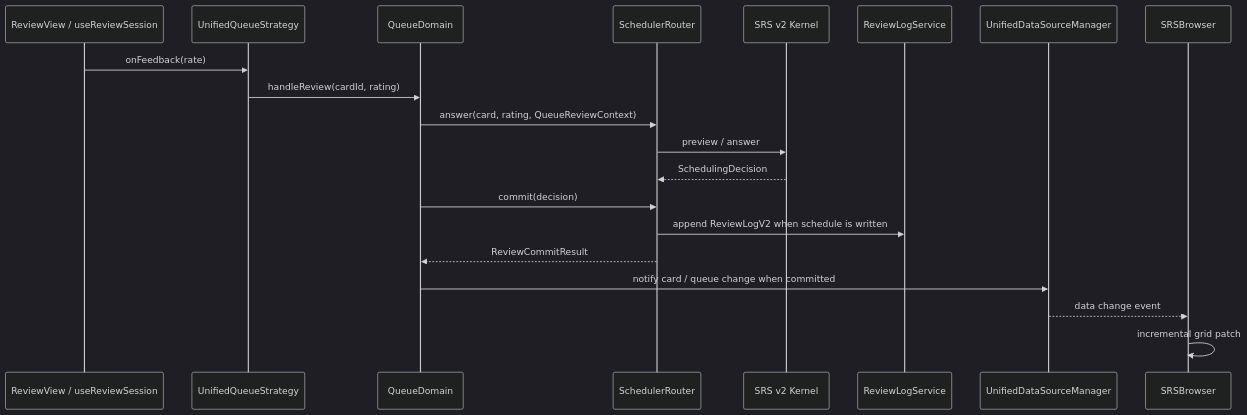
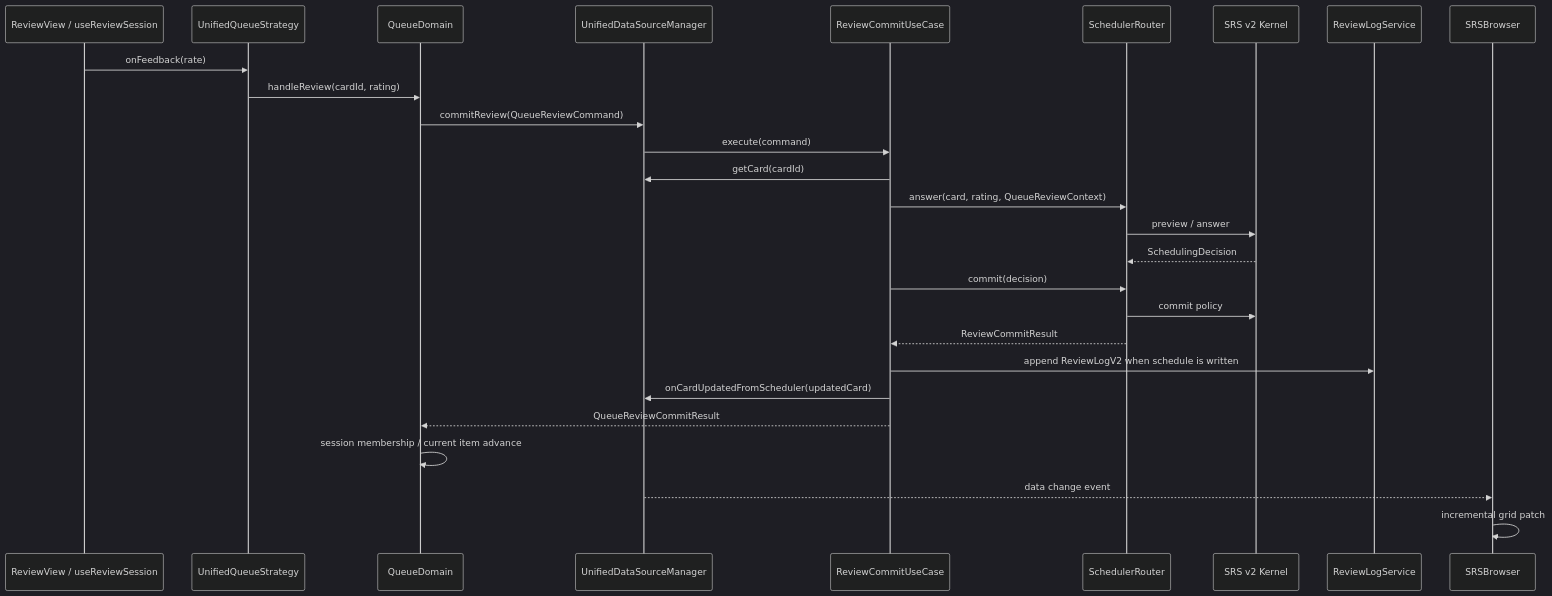
Before and after one commit to Dammyxy/siyuanmemoSRC: the second of 2 diagrams in ARCHITECTURE.md, drawn with Mermaid (dark theme). The commit also changed other lines of this file and 28 other files, not shown here.

````diff
--- a/ARCHITECTURE.md
+++ b/ARCHITECTURE.md
@@ -180,23 +180,30 @@
 ```mermaid
 sequenceDiagram
   participant UI as ReviewView / useReviewSession
   participant QS as UnifiedQueueStrategy
   participant Q as QueueDomain
+  participant UDSM as UnifiedDataSourceManager
+  participant RCU as ReviewCommitUseCase
   participant SR as SchedulerRouter
   participant SRS as SRS v2 Kernel
   participant LOG as ReviewLogService
-  participant UDSM as UnifiedDataSourceManager
   participant B as SRSBrowser
 
   UI->>QS: onFeedback(rate)
   QS->>Q: handleReview(cardId, rating)
-  Q->>SR: answer(card, rating, QueueReviewContext)
+  Q->>UDSM: commitReview(QueueReviewCommand)
+  UDSM->>RCU: execute(command)
+  RCU->>UDSM: getCard(cardId)
+  RCU->>SR: answer(card, rating, QueueReviewContext)
   SR->>SRS: preview / answer
   SRS-->>SR: SchedulingDecision
-  Q->>SR: commit(decision)
-  SR->>LOG: append ReviewLogV2 when schedule is written
-  SR-->>Q: ReviewCommitResult
-  Q->>UDSM: notify card / queue change when committed
+  RCU->>SR: commit(decision)
+  SR->>SRS: commit policy
+  SR-->>RCU: ReviewCommitResult
+  RCU->>LOG: append ReviewLogV2 when schedule is written
+  RCU->>UDSM: onCardUpdatedFromScheduler(updatedCard)
+  RCU-->>Q: QueueReviewCommitResult
+  Q->>Q: session membership / current item advance
   UDSM-->>B: data change event
   B->>B: incremental grid patch
 ```
````
